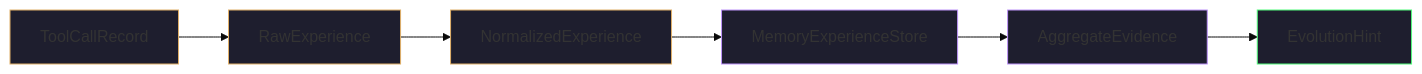
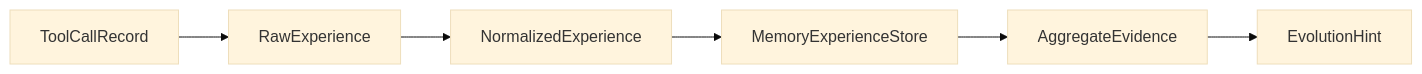
One commit to Timwood0x10/myblog changed the second of 2 diagrams in content/log/ARES/24.6-ga-in-the-trenches.md. Above: the diagram before and after it, drawn with Mermaid (base theme). The commit also changed other lines of this file and 11 other files, not shown here.

Commit message:
refactor(theme): unify Mermaid chart theme styles

````diff
--- a/content/log/ARES/24.6-ga-in-the-trenches.md
+++ b/content/log/ARES/24.6-ga-in-the-trenches.md
@@ -509,15 +501,9 @@
 ```mermaid
 flowchart LR
     TC[ToolCallRecord] --> RE[RawExperience]
     RE --> NE[NormalizedExperience]
     NE --> MS[MemoryExperienceStore]
     MS --> AE[AggregateEvidence]
     AE --> EH[EvolutionHint]
 
-    style TC fill:#1e1e2e,stroke:#e0af68
-    style RE fill:#1e1e2e,stroke:#e0af68
-    style NE fill:#1e1e2e,stroke:#e0af68
-    style MS fill:#1e1e2e,stroke:#bd93f9
-    style AE fill:#1e1e2e,stroke:#bd93f9
-    style EH fill:#1e1e2e,stroke:#50fa7b
 ```
````
